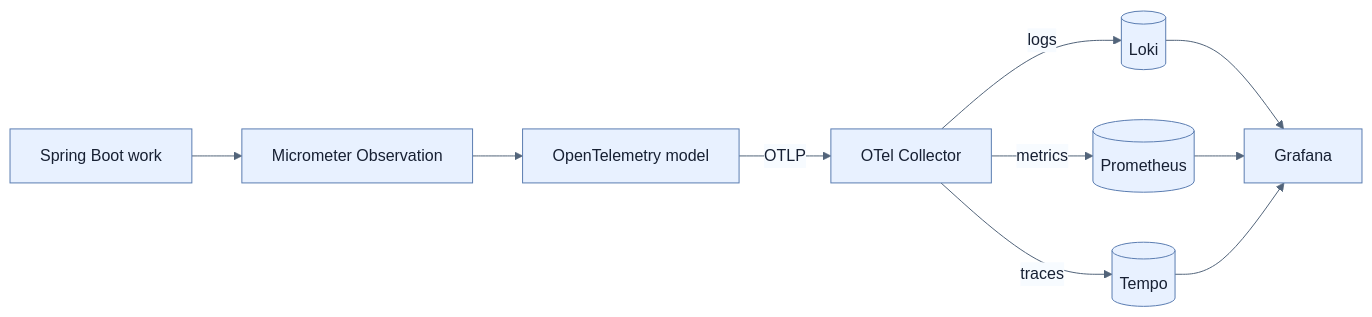
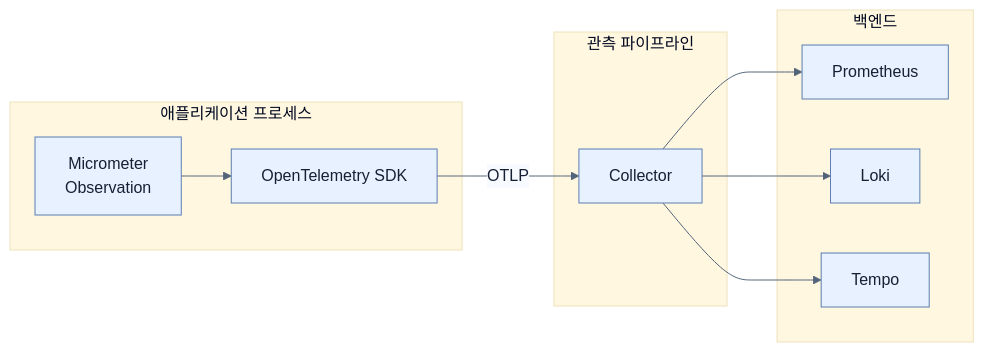
One commit to sing-u8/Learning_Spring_Boot_4 changed the third of 3 diagrams in spring-boot-4-pdf-notes/part-5-observing-spring-boot-4-applications/chapter-13-observing-spring-boot-4-applications/02-designing-an-observability-architecture.md. Above: the diagram before and after it, drawn with Mermaid. The commit also changed other lines of this file and 253 other files, not shown here.

````diff
--- a/spring-boot-4-pdf-notes/part-5-observing-spring-boot-4-applications/chapter-13-observing-spring-boot-4-applications/02-designing-an-observability-architecture.md
+++ b/spring-boot-4-pdf-notes/part-5-observing-spring-boot-4-applications/chapter-13-observing-spring-boot-4-applications/02-designing-an-observability-architecture.md
@@ -33,11 +143,20 @@
 ```mermaid
 %%{init: {'theme': 'base', 'themeVariables': {'background': '#ffffff', 'primaryColor': '#e8f1ff', 'primaryTextColor': '#172033', 'primaryBorderColor': '#5b7db1', 'lineColor': '#52647a', 'secondaryColor': '#f7fbff', 'tertiaryColor': '#fff7df'}}}%%
 flowchart LR
-    A[Spring Boot work] --> O[Micrometer Observation]
-    O --> OT[OpenTelemetry model]
-    OT -->|OTLP| C[OTel Collector]
-    C -->|logs| L[(Loki)]
-    C -->|metrics| P[(Prometheus)]
-    C -->|traces| T[(Tempo)]
-    L & P & T --> G[Grafana]
+    subgraph 앱안["애플리케이션 프로세스"]
+        B["Micrometer<br/>Observation"]
+        O["OpenTelemetry SDK"]
+    end
+    subgraph 파이프라인["관측 파이프라인"]
+        C["Collector"]
+    end
+    subgraph 백엔드["백엔드"]
+        P["Prometheus"]
+        L["Loki"]
+        T["Tempo"]
+    end
+    B --> O -->|OTLP| C
+    C --> P
+    C --> L
+    C --> T
 ```
````
